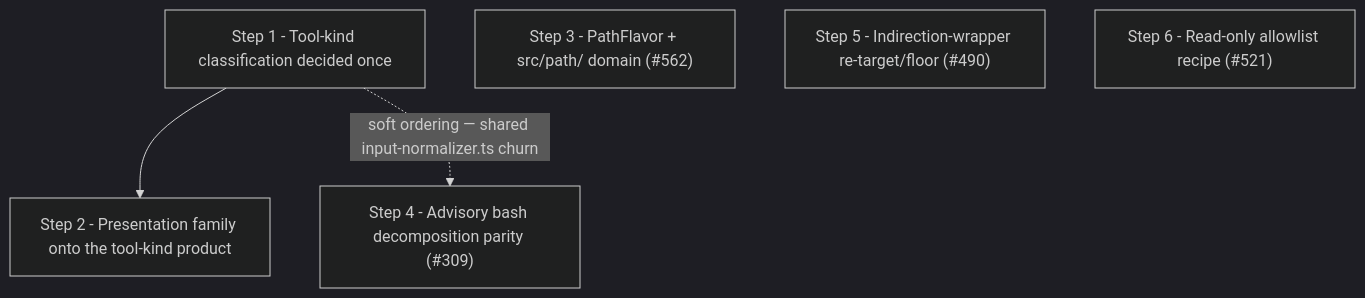
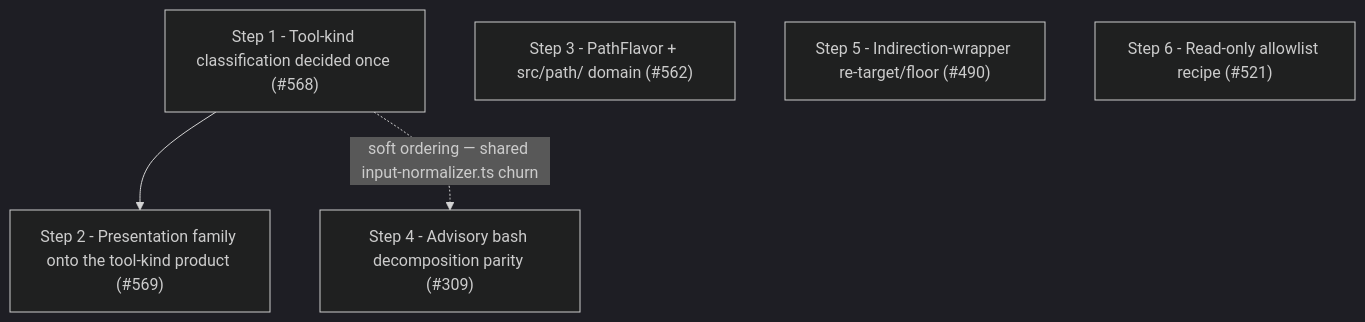
Before and after one commit to whaoa/forked-gotgenes-pi-packages: the fourth of 4 diagrams in packages/pi-permission-system/docs/architecture/architecture.md, drawn with Mermaid (dark theme). The commit also changed other lines of this file, not shown here.

Commit message:
docs(pi-permission-system): link Phase 10 roadmap steps to issues #568-#569

````diff
--- a/packages/pi-permission-system/docs/architecture/architecture.md
+++ b/packages/pi-permission-system/docs/architecture/architecture.md
@@ -964,8 +964,8 @@
 ```mermaid
 flowchart TD
-    S1["Step 1 - Tool-kind classification decided once"] --> S2["Step 2 - Presentation family onto the tool-kind product"]
+    S1["Step 1 - Tool-kind classification decided once (#568)"] --> S2["Step 2 - Presentation family onto the tool-kind product (#569)"]
     S1 -.->|"soft ordering — shared input-normalizer.ts churn"| S4["Step 4 - Advisory bash decomposition parity (#309)"]
     S3["Step 3 - PathFlavor + src/path/ domain (#562)"]
     S5["Step 5 - Indirection-wrapper re-target/floor (#490)"]
     S6["Step 6 - Read-only allowlist recipe (#521)"]
 ```
````
